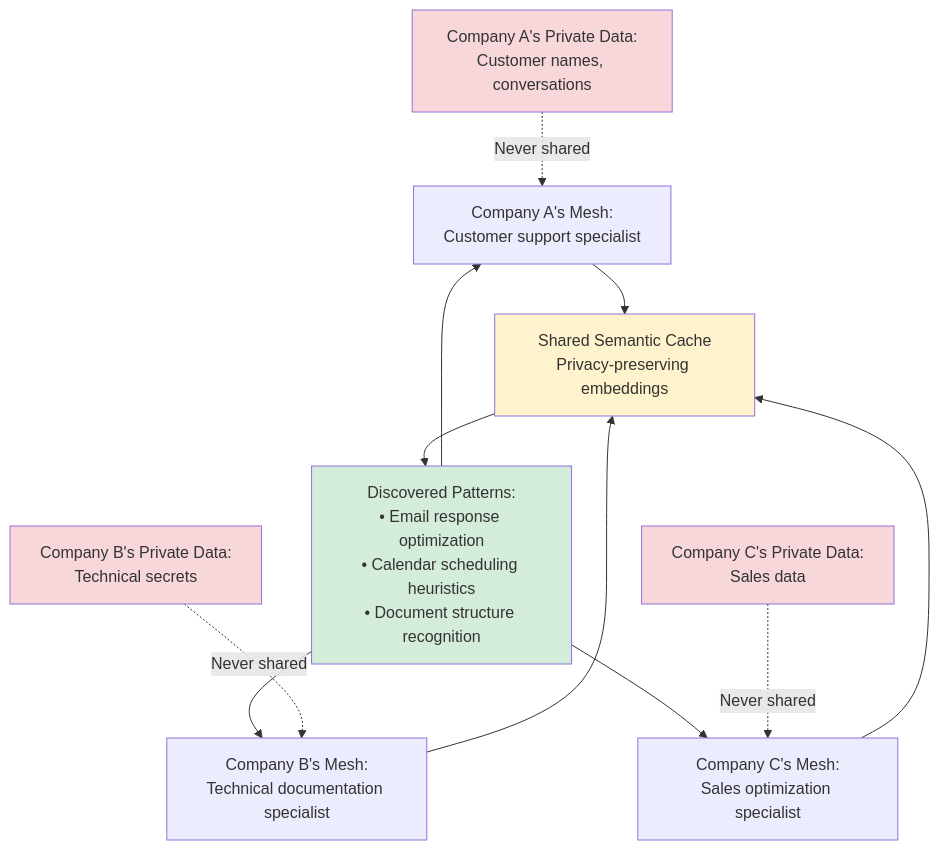
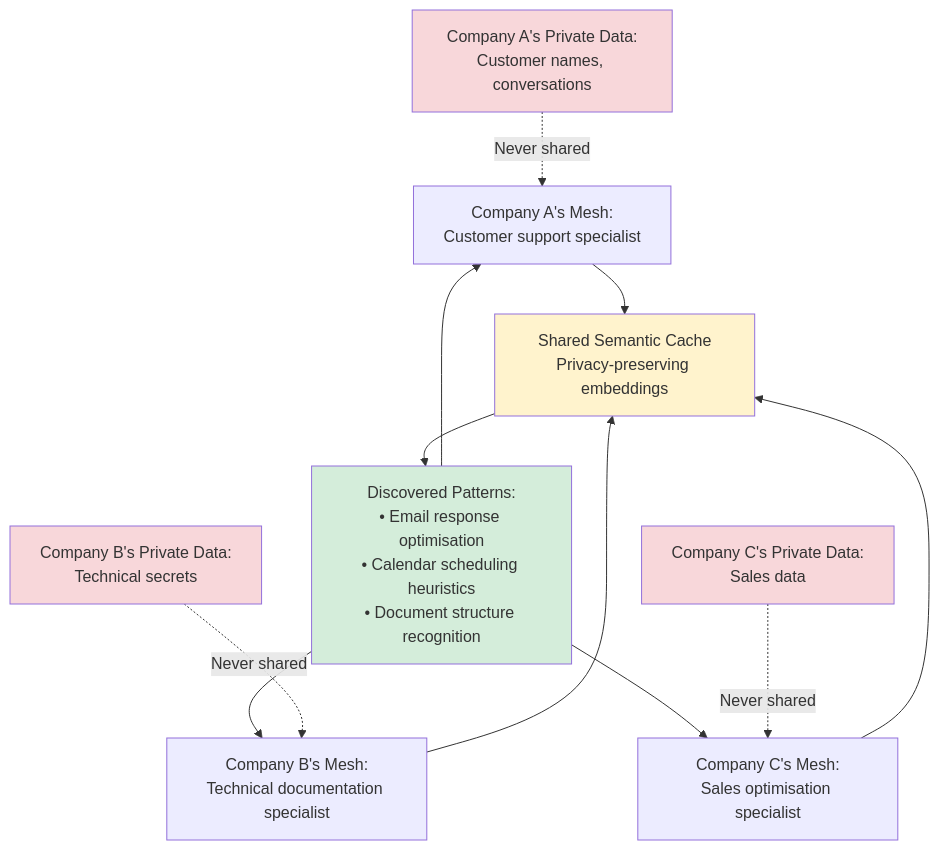
One commit to scottgal/LLMApi changed the tenth of 13 diagrams in docs/SEMANTIC_COGNITION_MESH.md. Above: the diagram before and after it, drawn with Mermaid. The commit also changed other lines of this file, not shown here.

First line of the commit message:
docs: rewrite semantic cognition mesh article in author's style

````diff
--- a/docs/SEMANTIC_COGNITION_MESH.md
+++ b/docs/SEMANTIC_COGNITION_MESH.md
@@ -449,26 +449,26 @@
 ```mermaid
 graph TB
     Mesh1[Company A's Mesh:<br/>Customer support specialist]
     Mesh2[Company B's Mesh:<br/>Technical documentation specialist]
-    Mesh3[Company C's Mesh:<br/>Sales optimization specialist]
+    Mesh3[Company C's Mesh:<br/>Sales optimisation specialist]
 
     Mesh1 --> SharedCache[Shared Semantic Cache<br/>Privacy-preserving embeddings]
     Mesh2 --> SharedCache
     Mesh3 --> SharedCache
 
-    SharedCache --> Patterns[Discovered Patterns:<br/>• Email response optimization<br/>• Calendar scheduling heuristics<br/>• Document structure recognition]
+    SharedCache --> Patterns[Discovered Patterns:<br/>• Email response optimisation<br/>• Calendar scheduling heuristics<br/>• Document structure recognition]
 
     Patterns --> Mesh1
     Patterns --> Mesh2
     Patterns --> Mesh3
 
     Private1[Company A's Private Data:<br/>Customer names, conversations] -.->|Never shared| Mesh1
     Private2[Company B's Private Data:<br/>Technical secrets] -.->|Never shared| Mesh2
     Private3[Company C's Private Data:<br/>Sales data] -.->|Never shared| Mesh3
 
     style SharedCache fill:#fff3cd
     style Patterns fill:#d4edda
     style Private1 fill:#f8d7da
     style Private2 fill:#f8d7da
     style Private3 fill:#f8d7da
 ```
````
